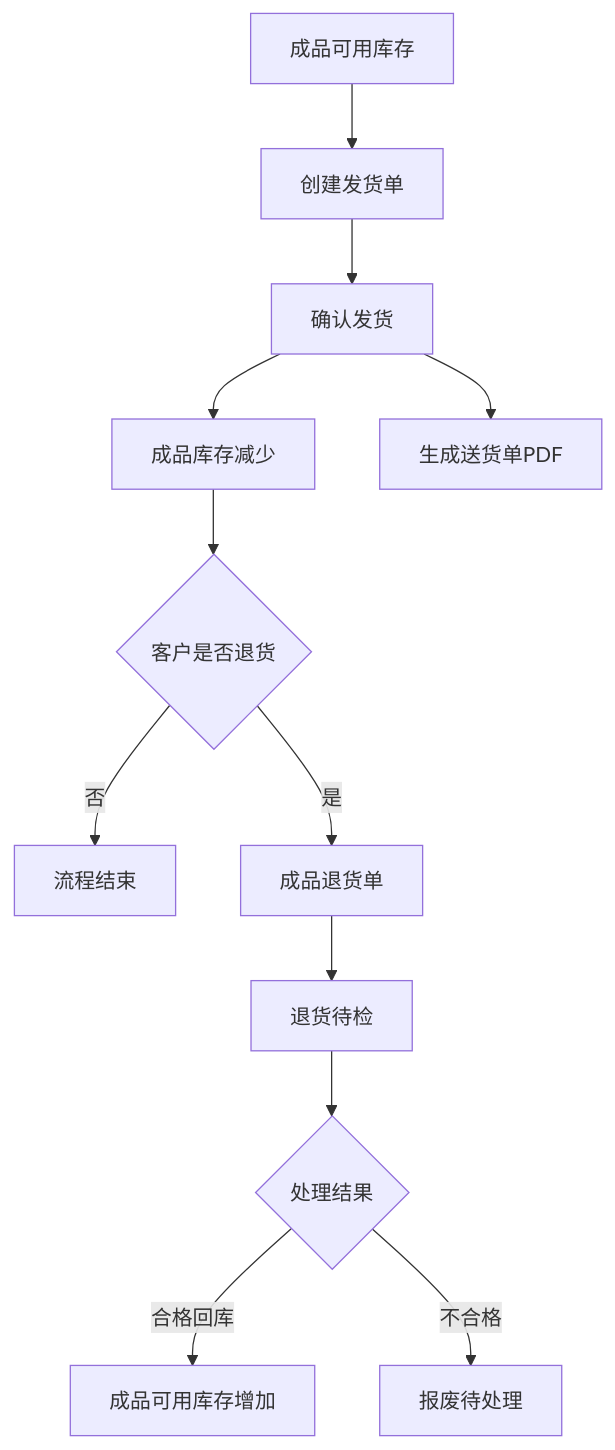
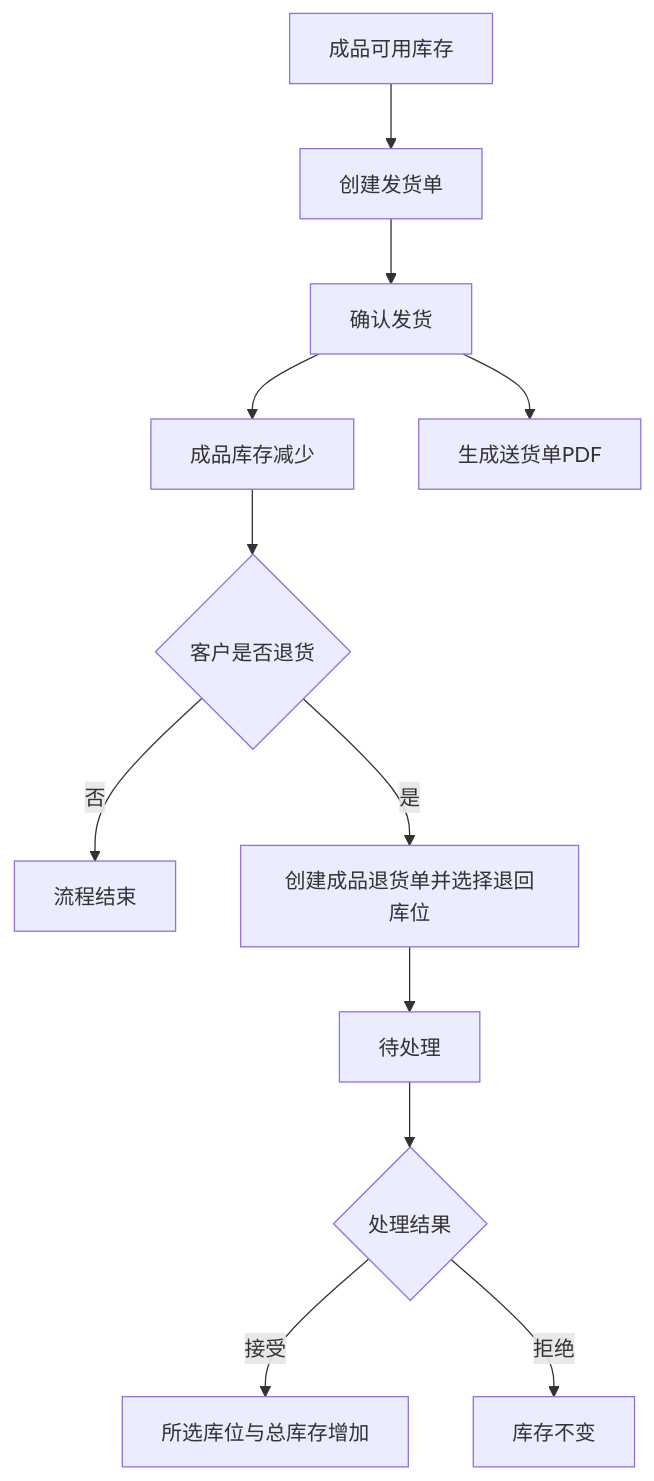
Diagram 14 of 16 in docs/minierp/system-function-flow.md (goldf2/mes-lite), drawn with Mermaid before and after one commit. The commit also changed other lines of this file and 24 other files, not shown here.

````diff
--- a/docs/minierp/system-function-flow.md
+++ b/docs/minierp/system-function-flow.md
@@ -425,14 +425,14 @@
 ```mermaid
 flowchart TD
   A["成品可用库存"] --> B["创建发货单"]
   B --> C["确认发货"]
   C --> D["成品库存减少"]
   C --> E["生成送货单PDF"]
   D --> F{"客户是否退货"}
   F -->|否| G["流程结束"]
-  F -->|是| H["成品退货单"]
-  H --> I["退货待检"]
+  F -->|是| H["创建成品退货单并选择退回库位"]
+  H --> I["待处理"]
   I --> J{"处理结果"}
-  J -->|合格回库| K["成品可用库存增加"]
-  J -->|不合格| L["报废待处理"]
+  J -->|接受| K["所选库位与总库存增加"]
+  J -->|拒绝| L["库存不变"]
 ```
````
